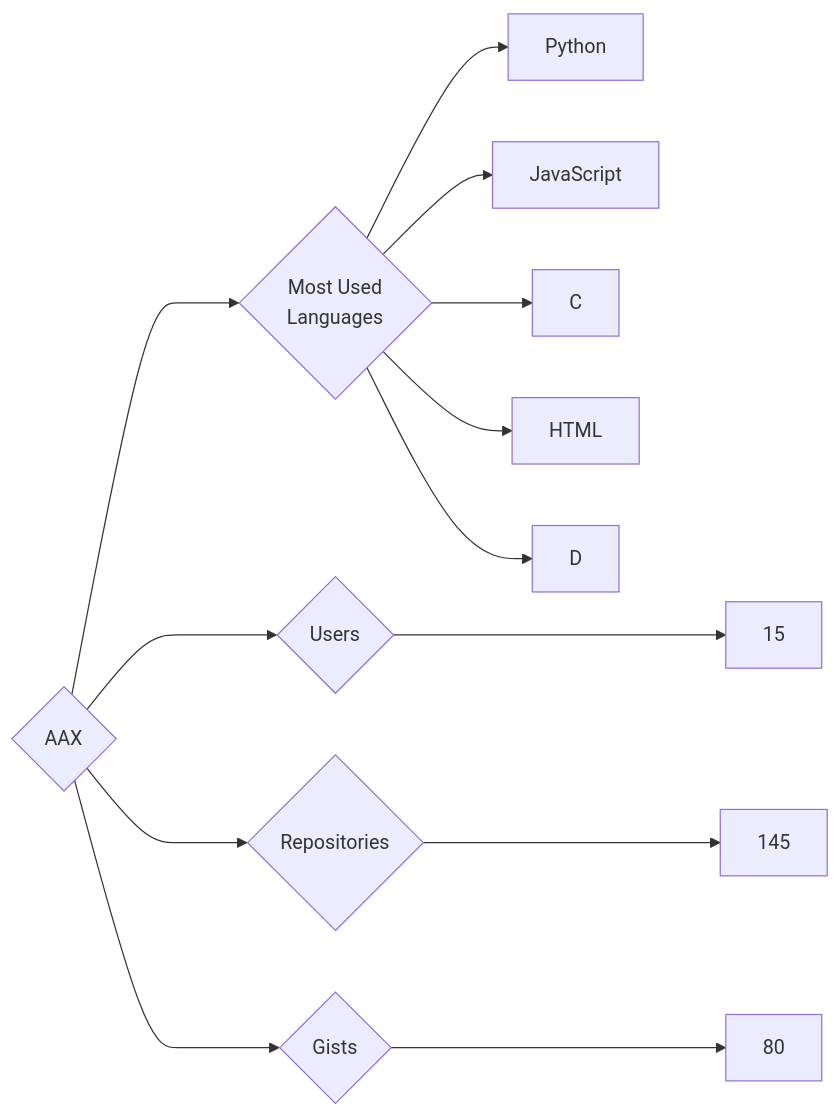
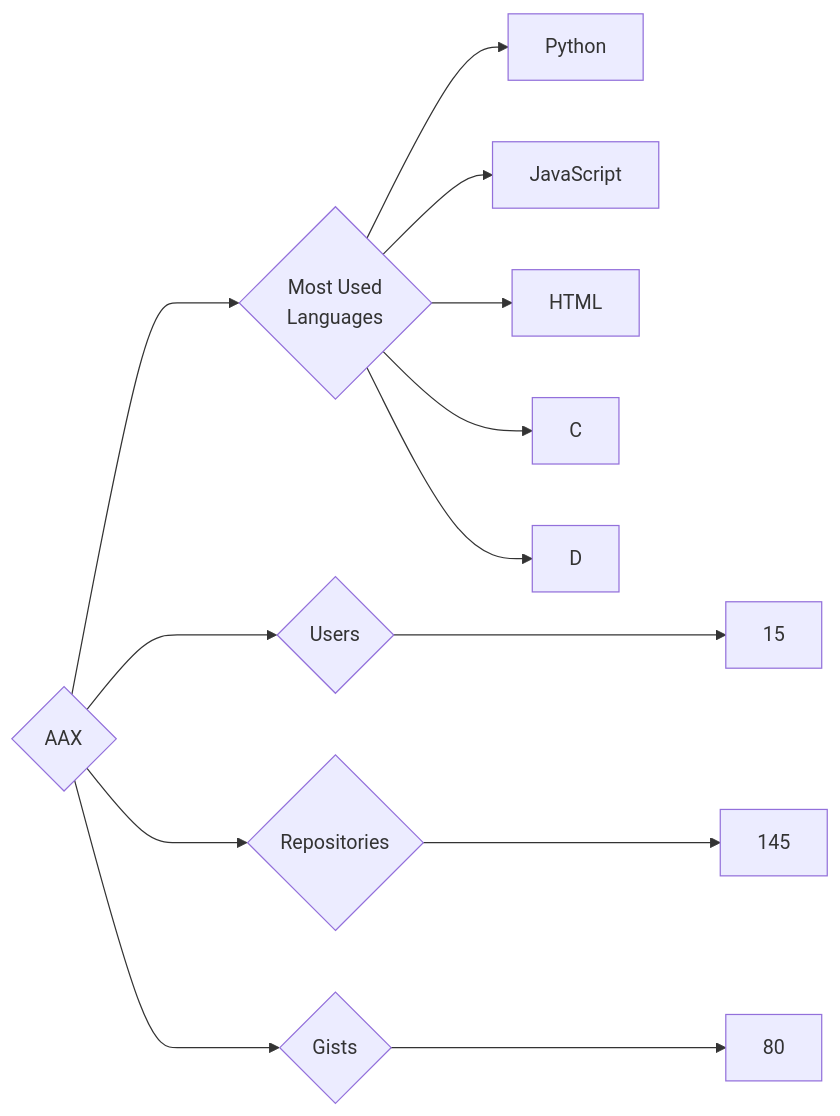
One commit to nenadzaric/insiders changed the diagram in targets/AAX/README.md. Above: the diagram before and after it, drawn with Mermaid. The commit also changed other lines of this file and 25 other files, not shown here.

````diff
--- a/targets/AAX/README.md
+++ b/targets/AAX/README.md
@@ -3,13 +3,13 @@
 ```mermaid
 graph LR
 COMPANY_NAME{AAX}
 COMPANY_NAME ---> U{Users} ---> UN[15]
 COMPANY_NAME ---> R{Repositories} ---> RN[145]
 COMPANY_NAME ---> G{Gists} ---> GN[80]
 COMPANY_NAME ---> ML{Most Used<br>Languages}
 ML --> Python[Python]
 ML --> JavaScript[JavaScript]
+ML --> HTML[HTML]
 ML --> C[C]
-ML --> HTML[HTML]
 ML --> D[D]
 ```
````
